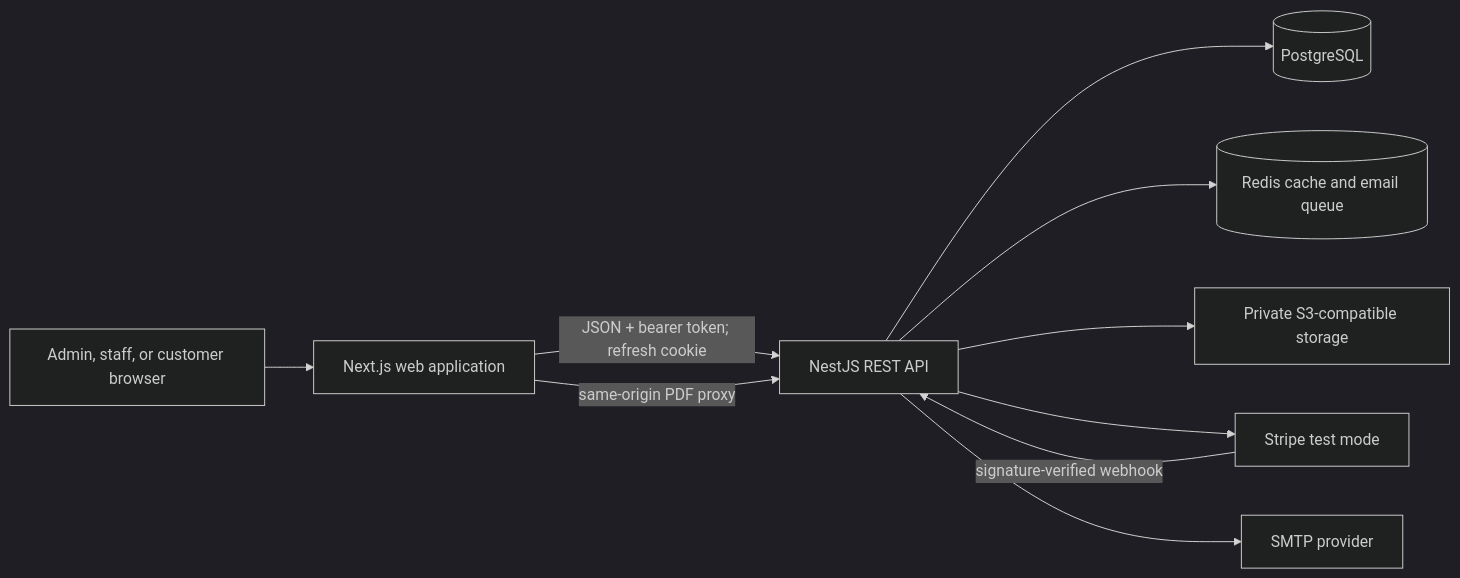
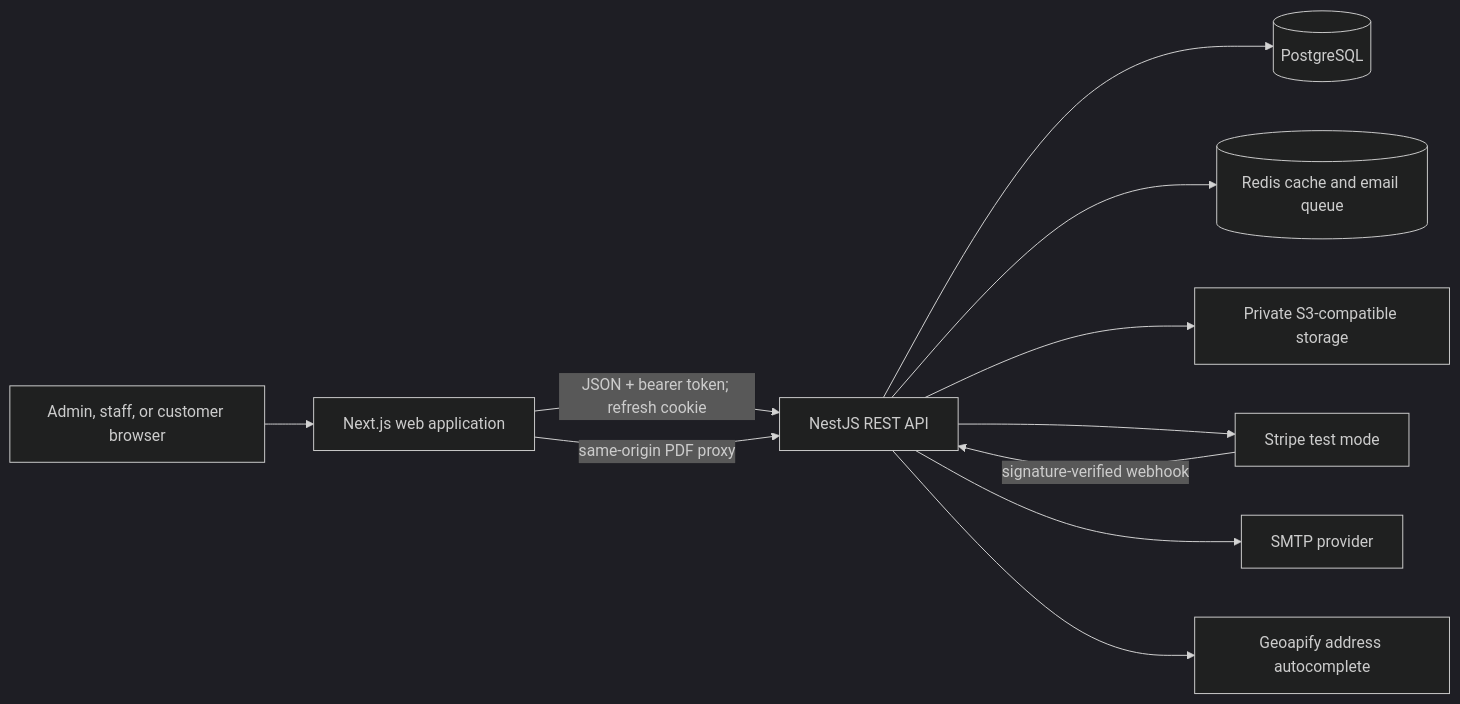
One commit to Sheyshya11/mero-telecom changed the first of 2 diagrams in docs/architecture/system-architecture.md. Above: the diagram before and after it, drawn with Mermaid (dark theme). The commit also changed other lines of this file and 62 other files, not shown here.

````diff
--- a/docs/architecture/system-architecture.md
+++ b/docs/architecture/system-architecture.md
@@ -11,12 +11,13 @@
 ```mermaid
 flowchart LR
   U["Admin, staff, or customer browser"] --> W["Next.js web application"]
   W -->|"JSON + bearer token; refresh cookie"| A["NestJS REST API"]
   W -->|"same-origin PDF proxy"| A
   A --> P[("PostgreSQL")]
   A --> R[("Redis cache and email queue")]
   A --> S["Private S3-compatible storage"]
   A --> T["Stripe test mode"]
   A --> M["SMTP provider"]
+  A --> G["Geoapify address autocomplete"]
   T -->|"signature-verified webhook"| A
 ```
````
